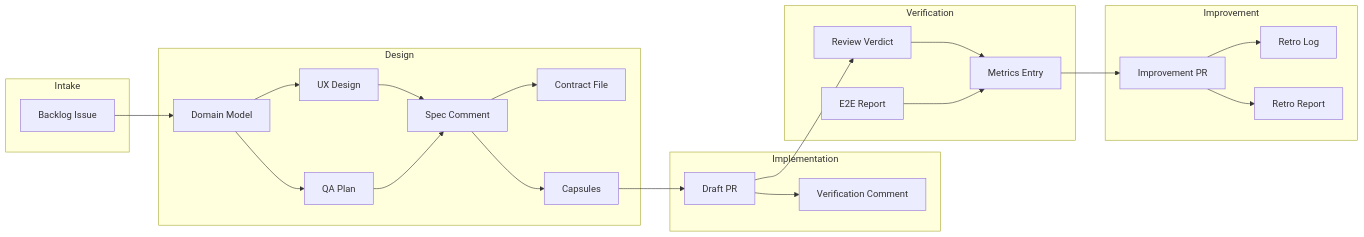
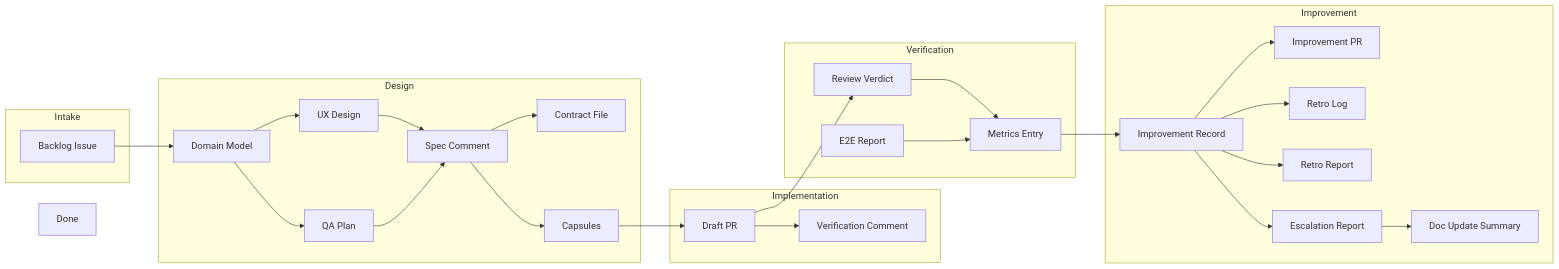
Before and after one commit to FredoAi/fredo: the diagram in docs/workflow/03-artifacts.md, drawn with Mermaid. The commit also changed other lines of this file and 8 other files, not shown here.

````diff
--- a/docs/workflow/03-artifacts.md
+++ b/docs/workflow/03-artifacts.md
@@ -9,44 +9,53 @@
 ```mermaid
 flowchart LR
     subgraph Intake
         BL[Backlog Issue]
     end
 
     subgraph Design
         DM[Domain Model]
         UX[UX Design]
         QAP[QA Plan]
         SPEC[Spec Comment]
         CONTRACT[Contract File]
         CAPS[Capsules]
     end
 
     subgraph Implementation
         VCOM[Verification Comment]
         DPR[Draft PR]
     end
 
     subgraph Verification
         VERDICT[Review Verdict]
         METRICS[Metrics Entry]
         E2E[E2E Report]
     end
 
     subgraph Improvement
+        IREC[Improvement Record]
         IPR[Improvement PR]
         RLOG[Retro Log]
         RREP[Retro Report]
+        ESC[Escalation Report]
+        DOCSUM[Doc Update Summary]
     end
 
     BL --> DM --> UX
     DM --> QAP
     UX --> SPEC
     QAP --> SPEC
     SPEC --> CONTRACT
     SPEC --> CAPS --> DPR --> VCOM
     DPR --> VERDICT
     VERDICT --> METRICS
     E2E --> METRICS
-    METRICS --> IPR --> RLOG
-    IPR --> RREP
+    METRICS --> IREC
+    IREC --> IPR
+    IREC --> RLOG
+    IREC --> RREP
+    IREC --> ESC
+
+    ESC --> DOCSUM
+    DONE[Done]
 ```
````
